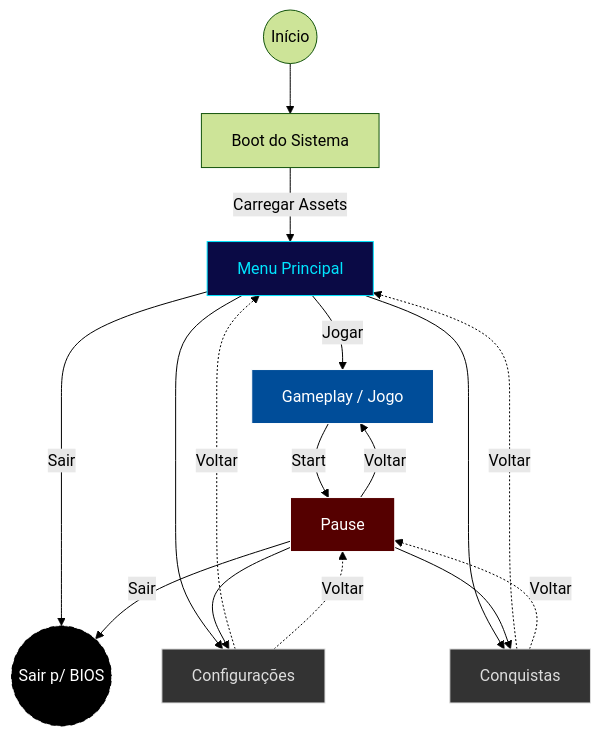
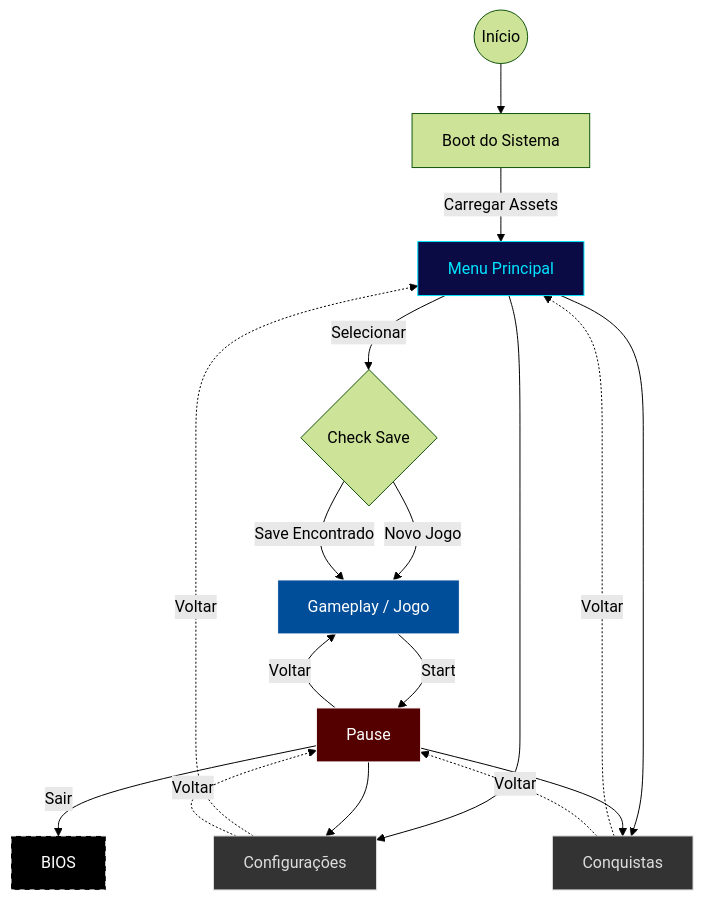
The first of 3 diagrams in docs/fluxo_dados.md (PedroQuimelo/Krone_PS2), drawn with Mermaid (forest theme) before and after one commit.

````diff
--- a/docs/fluxo_dados.md
+++ b/docs/fluxo_dados.md
@@ -61,40 +61,41 @@
 ```mermaid
 graph TD
     %% Nós Principais
     Start((Início)) --> Boot[Boot do Sistema]
     Boot -->|Carregar Assets| Menu[Menu Principal]
     
-    %% --- FLUXO DO MENU ---
-    Menu -->|Jogar| Jogo[Gameplay / Jogo]
-    Menu -->|Sair| BIOS((Sair p/ BIOS))
+    %% --- FLUXO DO MENU COM INTERMEDIÁRIO ---
+    Menu -->|Selecionar| Check{Check Save}
+    Check -->|Novo Jogo| Jogo[Gameplay / Jogo]
+    Check -->|Save Encontrado| Jogo
     
     %% Acesso a Telas Auxiliares (Pelo Menu)
     Menu --> Config[Configurações]
     Menu --> Trophies[Conquistas]
 
     %% --- FLUXO DO PAUSE ---
     Jogo -->|Start| Pause[Pause]
     Pause -->|Voltar| Jogo
     Pause -->|Sair| BIOS
     
     %% Acesso a Telas Auxiliares (Pelo Pause)
     Pause --> Config
     Pause --> Trophies
     
     %% Voltar (Implícito para não poluir, ou use linhas pontilhadas)
     Config -.->|Voltar| Menu & Pause
     Trophies -.->|Voltar| Menu & Pause
 
     %% --- ESTILIZAÇÃO ---
     %% Fluxo Principal (Azul/PS2)
     style Menu fill:#0a0a45,color:#00e5ff,stroke:#00e5ff
     style Jogo fill:#004d99,color:#fff,stroke:#fff
     style Pause fill:#550000,color:#fff,stroke:#fff
     
     %% Terminal (Preto)
     style BIOS fill:#000,color:#fff,stroke:#fff,stroke-dasharray: 5 5
     
     %% Telas Auxiliares (Cinza - Secundárias)
     style Config fill:#333,color:#ddd,stroke:#ddd
     style Trophies fill:#333,color:#ddd,stroke:#ddd
 ```
````
